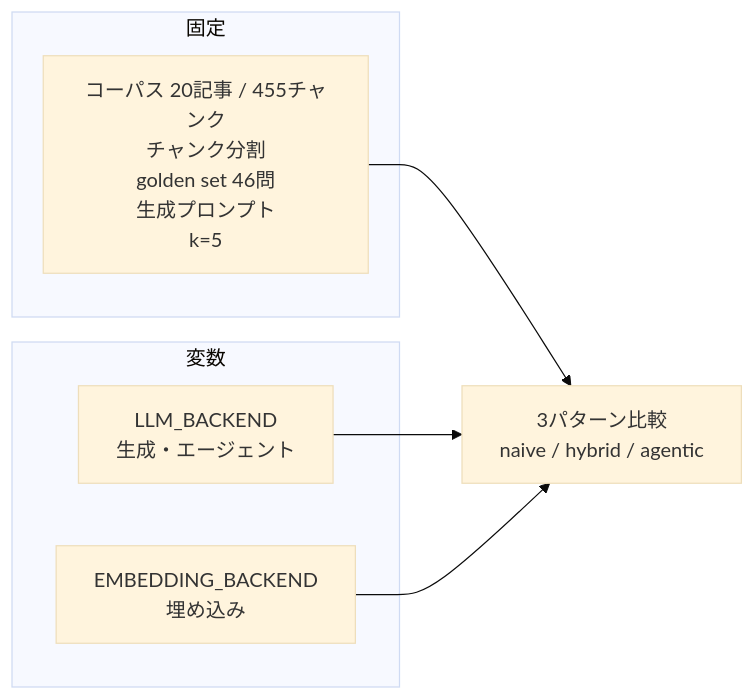
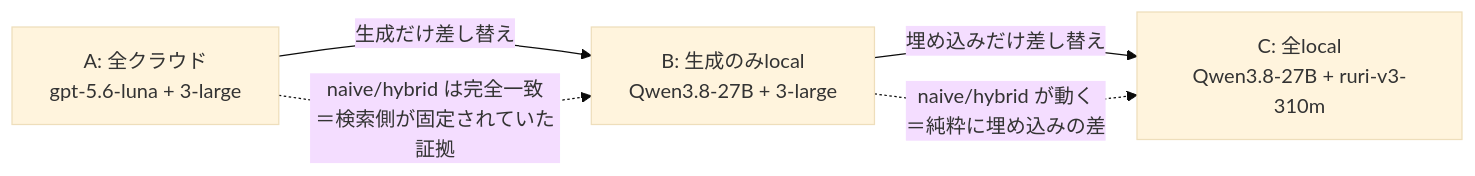
Before and after one commit to ryota0051/agentic-rag-lab: the first of 3 diagrams in docs/article/03-agentic-rag-local.md, drawn with Mermaid (base theme). The commit also changed other lines of this file, not shown here.

````diff
--- a/docs/article/03-agentic-rag-local.md
+++ b/docs/article/03-agentic-rag-local.md
@@ -53,13 +37,7 @@
 ```mermaid
 flowchart LR
-    subgraph 固定
-        X["コーパス 20記事 / 455チャンク<br/>チャンク分割<br/>golden set 46問<br/>生成プロンプト<br/>k=5"]
-    end
-    subgraph 変数
-        Y["LLM_BACKEND<br/>生成・エージェント"]
-        Z["EMBEDDING_BACKEND<br/>埋め込み"]
-    end
-    X --> W["3パターン比較<br/>naive / hybrid / agentic"]
-    Y --> W
-    Z --> W
+    A["A: 全クラウド<br/>gpt-5.6-luna + 3-large"] -->|"生成だけ差し替え"| B["B: 生成のみlocal<br/>Qwen3.8-27B + 3-large"]
+    B -->|"埋め込みだけ差し替え"| C["C: 全local<br/>Qwen3.8-27B + ruri-v3-310m"]
+    A -.->|"naive/hybrid は完全一致<br/>＝検索側が固定されていた証拠"| B
+    B -.->|"naive/hybrid が動く<br/>＝純粋に埋め込みの差"| C
 ```
````
